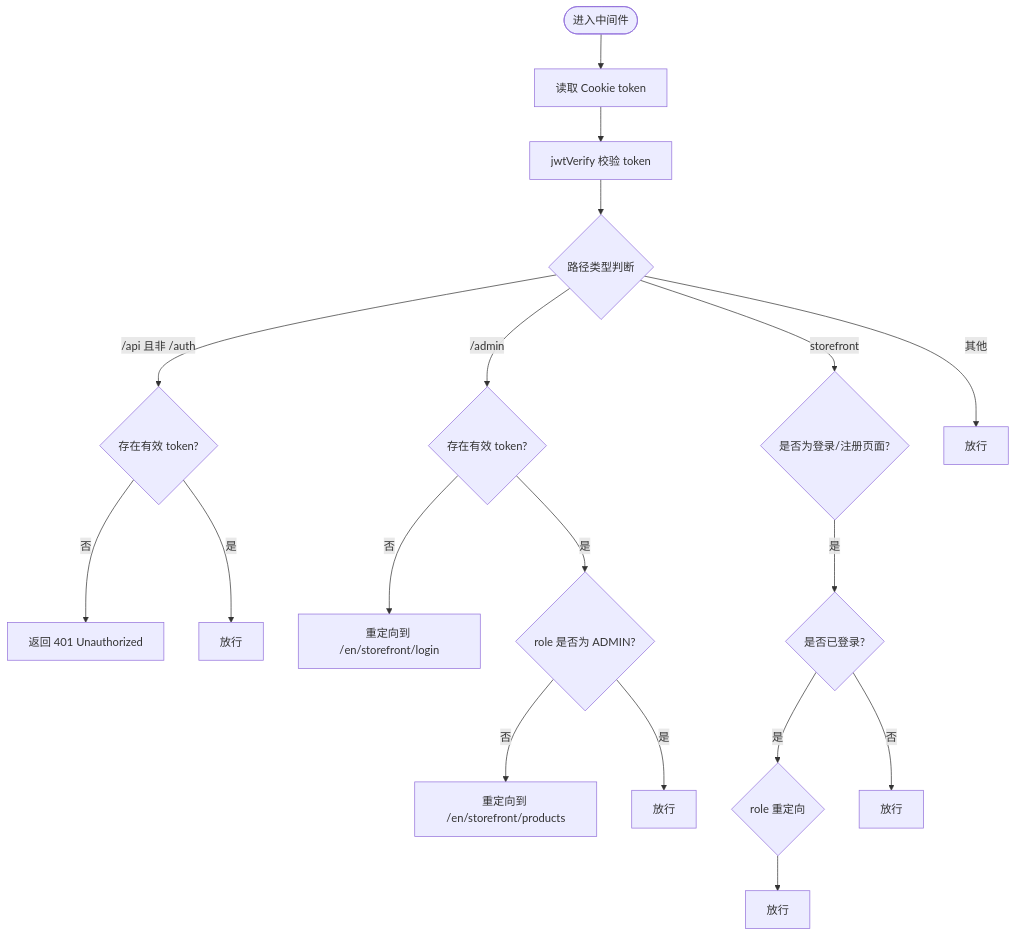
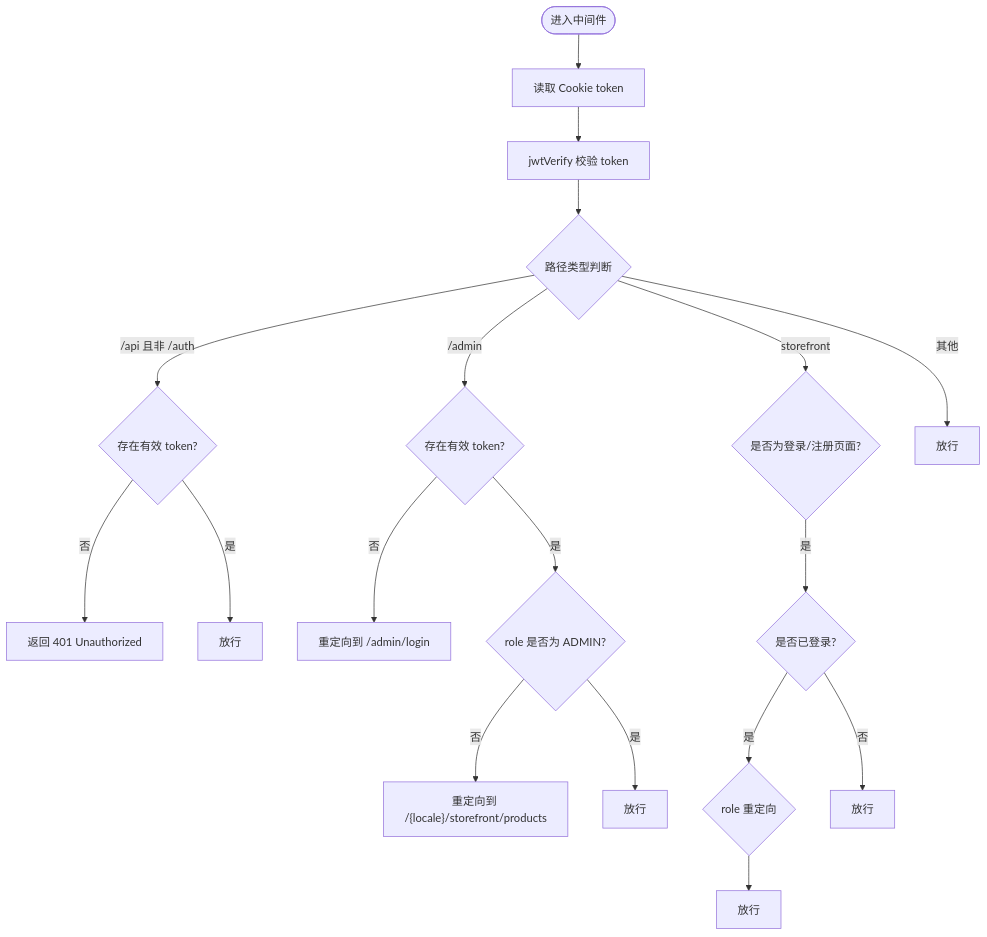
The fourth of 5 diagrams in .qoder/repowiki/zh/content/认证系统/认证系统.md (three3638-arch/celestia_2b), drawn with Mermaid before and after one commit. The commit also changed other lines of this file and 17 other files, not shown here.

Commit message:
fix: cookie domain for production proxy and add products redirect page

````diff
--- a/.qoder/repowiki/zh/content/认证系统/认证系统.md
+++ b/.qoder/repowiki/zh/content/认证系统/认证系统.md
@@ -267,20 +327,20 @@
 ```mermaid
 flowchart TD
 Enter(["进入中间件"]) --> GetToken["读取 Cookie token"]
 GetToken --> Verify["jwtVerify 校验 token"]
 Verify --> PathCheck{"路径类型判断"}
 PathCheck --> |/api 且非 /auth| ApiCheck{"存在有效 token?"}
 ApiCheck --> |否| Return401["返回 401 Unauthorized"]
 ApiCheck --> |是| Next1["放行"]
 PathCheck --> |/admin| AdminCheck{"存在有效 token?"}
-AdminCheck --> |否| RedirectLogin["重定向到 /en/storefront/login"]
+AdminCheck --> |否| RedirectLogin["重定向到 /admin/login"]
 AdminCheck --> |是| RoleCheck{"role 是否为 ADMIN?"}
-RoleCheck --> |否| RedirectProducts["重定向到 /en/storefront/products"]
+RoleCheck --> |否| RedirectProducts["重定向到 /{locale}/storefront/products"]
 RoleCheck --> |是| Next2["放行"]
 PathCheck --> |storefront| StorefrontCheck{"是否为登录/注册页面?"}
 StorefrontCheck --> |是| IsLoggedIn{"是否已登录?"}
 IsLoggedIn --> |是| RoleRedirect{"role 重定向"}
 IsLoggedIn --> |否| Next3["放行"]
 RoleRedirect --> Next4["放行"]
 PathCheck --> |其他| Next5["放行"]
 ```
````
